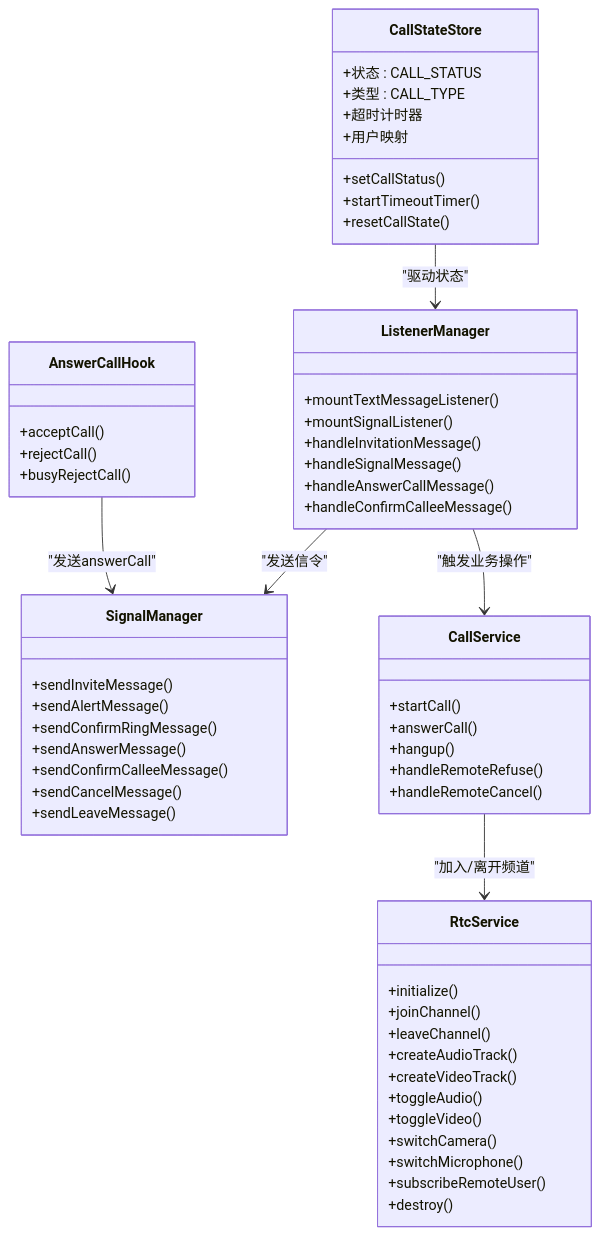
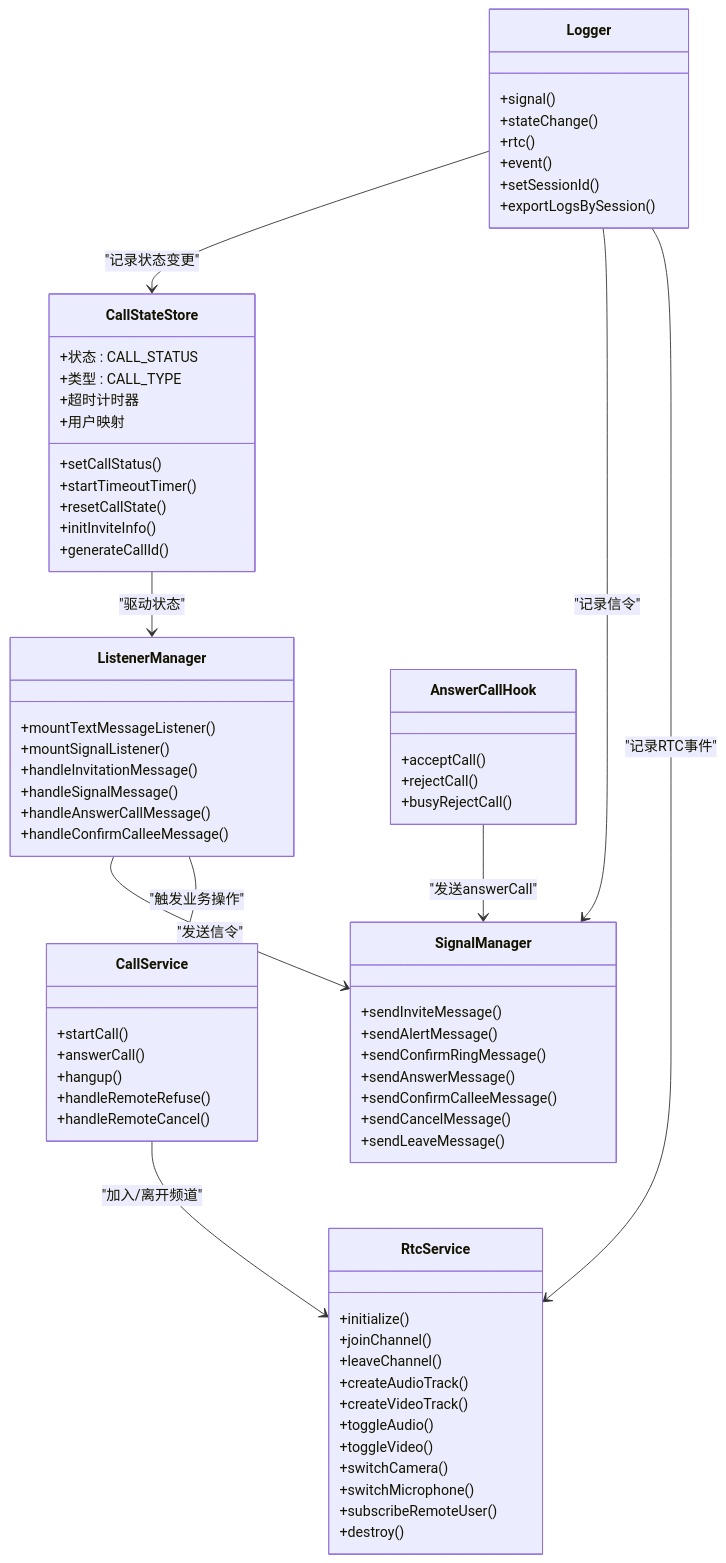
Before and after one commit to Easemob-Community/easemob-uikit-callkit-vue3: the second of 7 diagrams in .qoder/repowiki/zh/content/高级功能/高级功能.md, drawn with Mermaid. The commit also changed other lines of this file and 58 other files, not shown here.

````diff
--- a/.qoder/repowiki/zh/content/高级功能/高级功能.md
+++ b/.qoder/repowiki/zh/content/高级功能/高级功能.md
@@ -126,59 +144,72 @@
 ```mermaid
 classDiagram
 class CallStateStore {
 +状态 : CALL_STATUS
 +类型 : CALL_TYPE
 +超时计时器
 +用户映射
 +setCallStatus()
 +startTimeoutTimer()
 +resetCallState()
++initInviteInfo()
++generateCallId()
 }
 class ListenerManager {
 +mountTextMessageListener()
 +mountSignalListener()
 +handleInvitationMessage()
 +handleSignalMessage()
 +handleAnswerCallMessage()
 +handleConfirmCalleeMessage()
 }
 class SignalManager {
 +sendInviteMessage()
 +sendAlertMessage()
 +sendConfirmRingMessage()
 +sendAnswerMessage()
 +sendConfirmCalleeMessage()
 +sendCancelMessage()
 +sendLeaveMessage()
 }
 class AnswerCallHook {
 +acceptCall()
 +rejectCall()
 +busyRejectCall()
 }
 class RtcService {
 +initialize()
 +joinChannel()
 +leaveChannel()
 +createAudioTrack()
 +createVideoTrack()
 +toggleAudio()
 +toggleVideo()
 +switchCamera()
 +switchMicrophone()
 +subscribeRemoteUser()
 +destroy()
 }
 class CallService {
 +startCall()
 +answerCall()
 +hangup()
 +handleRemoteRefuse()
 +handleRemoteCancel()
 }
+class Logger {
++signal()
++stateChange()
++rtc()
++event()
++setSessionId()
++exportLogsBySession()
+}
 CallStateStore --> ListenerManager : "驱动状态"
 ListenerManager --> SignalManager : "发送信令"
 AnswerCallHook --> SignalManager : "发送answerCall"
 ListenerManager --> CallService : "触发业务操作"
 CallService --> RtcService : "加入/离开频道"
+Logger --> CallStateStore : "记录状态变更"
+Logger --> SignalManager : "记录信令"
+Logger --> RtcService : "记录RTC事件"
 ```
````
